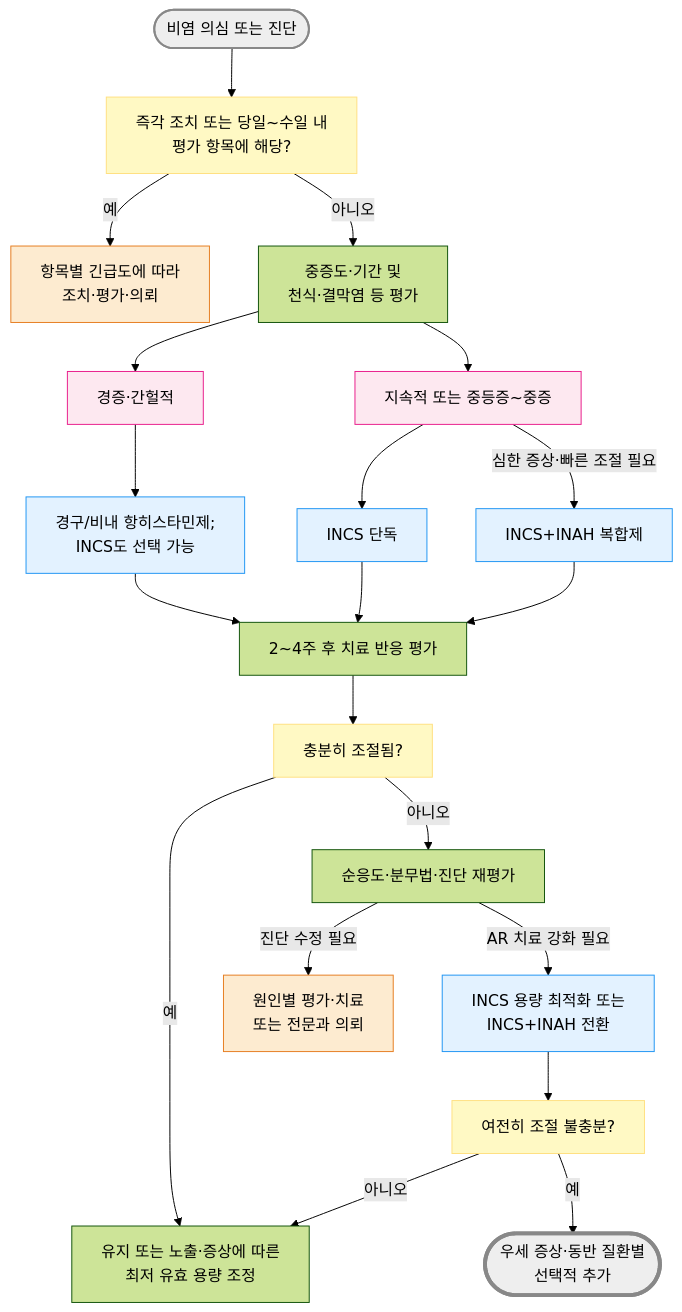
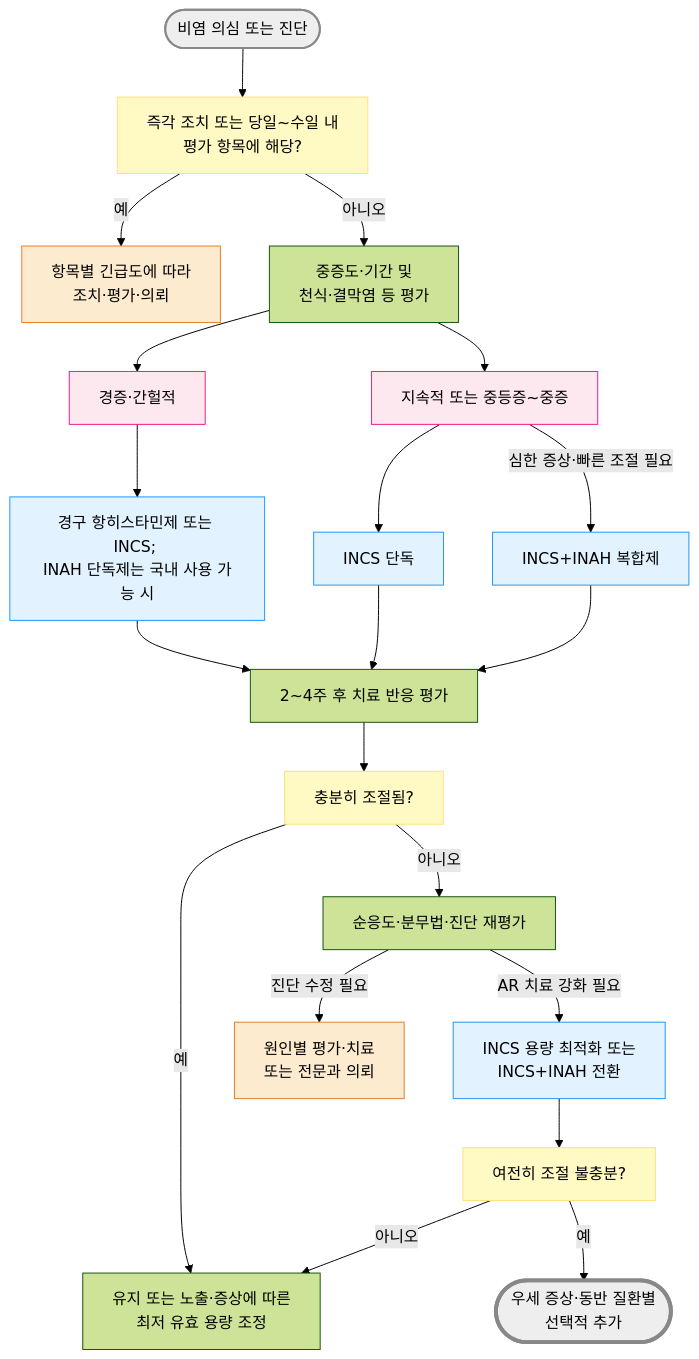
The first of 2 diagrams in 222_/051_-allergic-rhinitis.md (familyoh77/familyoh77), drawn with Mermaid (forest theme) before and after one commit. The commit also changed other lines of this file, not shown here.

````diff
--- a/222_/051_-allergic-rhinitis.md
+++ b/222_/051_-allergic-rhinitis.md
@@ -245,33 +247,33 @@
 ```mermaid
 graph TD
     Start(["비염 의심 또는 진단"]) --> RedQ["즉각 조치 또는 당일~수일 내 <br/>평가 항목에 해당?"]
     RedQ -->|예| Urgent["항목별 긴급도에 따라 <br/>조치·평가·의뢰"]
     RedQ -->|아니오| Assess["중증도·기간 및 <br/>천식·결막염 등 평가"]
     Assess --> Mild["경증·간헐적"]
     Assess --> ModSev["지속적 또는 중등증~중증"]
-    Mild --> AH["경구/비내 항히스타민제; <br/>INCS도 선택 가능"]
+    Mild --> AH["경구 항히스타민제 또는 INCS; <br/>INAH 단독제는 국내 사용 가능 시"]
     ModSev --> INCS0["INCS 단독"]
     ModSev -->|심한 증상·빠른 조절 필요| Combo0["INCS+INAH 복합제"]
     AH --> Review1["2~4주 후 치료 반응 평가"]
     INCS0 --> Review1
     Combo0 --> Review1
     Review1 --> Control1["충분히 조절됨?"]
     Control1 -->|예| Maintain["유지 또는 노출·증상에 따른 <br/>최저 유효 용량 조정"]
     Control1 -->|아니오| Check1["순응도·분무법·진단 재평가"]
     Check1 -->|진단 수정 필요| Refer["원인별 평가·치료 <br/>또는 전문과 의뢰"]
     Check1 -->|AR 치료 강화 필요| Combine["INCS 용량 최적화 또는 <br/>INCS+INAH 전환"]
     Combine --> Control2["여전히 조절 불충분?"]
     Control2 -->|아니오| Maintain
     Control2 -->|예| Symptoms(["우세 증상·동반 질환별 <br/>선택적 추가"])
 
     style Start fill:#eeeeee,stroke:#888888,stroke-width:2px
     classDef yellow fill:#fff9c4,stroke:#ffe082
     class RedQ,Control1,Control2 yellow
     classDef sky fill:#e3f2ff,stroke:#2196f3
     class INCS0,Combo0,AH,Combine sky
     classDef orange fill:#fdebd0,stroke:#e67e22
     class Urgent,Refer orange
     classDef pink fill:#fde8f0,stroke:#e91e8c
     class Mild,ModSev pink
     style Symptoms fill:#eeeeee,stroke:#888888,stroke-width:4px
 ```
````
